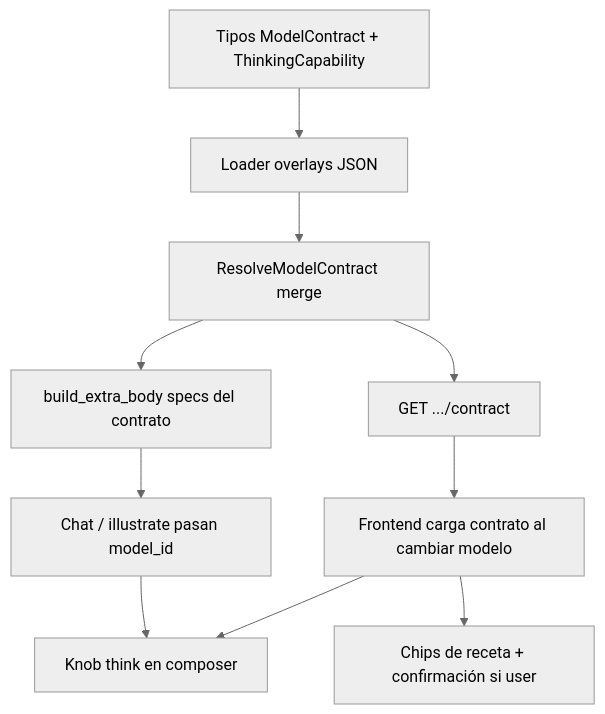
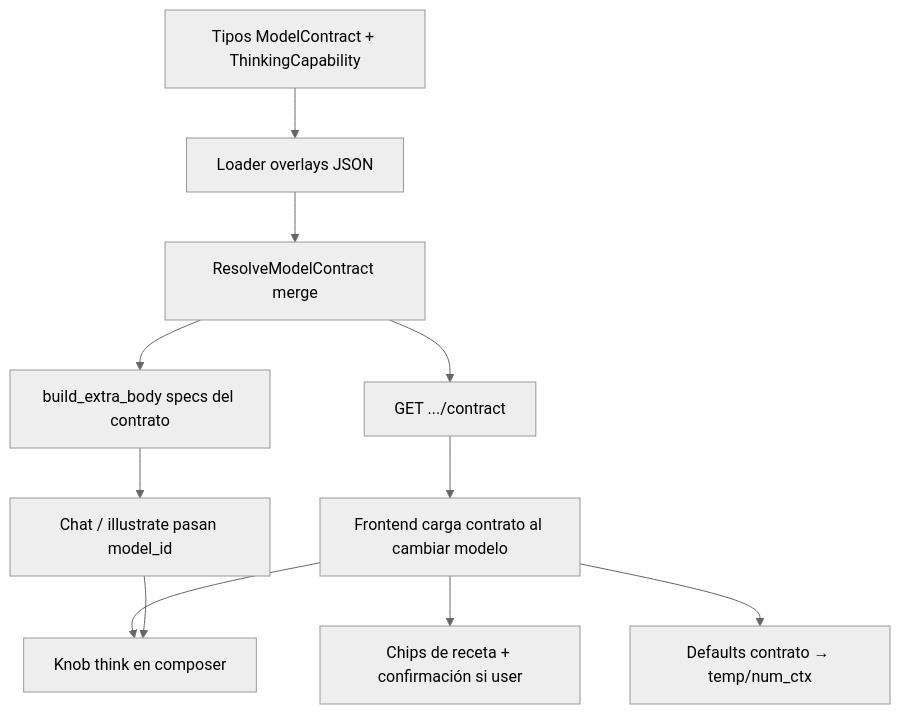
Before and after one commit to pcgarat/chatBot: the first of 2 diagrams in docs/plans/PLAN_MODEL_CONTRACT_2026-09-02.md, drawn with Mermaid (neutral theme). The commit also changed other lines of this file and 8 other files, not shown here.

````diff
--- a/docs/plans/PLAN_MODEL_CONTRACT_2026-09-02.md
+++ b/docs/plans/PLAN_MODEL_CONTRACT_2026-09-02.md
@@ -29,12 +31,13 @@
 ```mermaid
 flowchart TB
   T["Tipos ModelContract + ThinkingCapability"] --> L["Loader overlays JSON"]
   L --> M["ResolveModelContract merge"]
   M --> API["GET .../contract"]
   M --> BE["build_extra_body specs del contrato"]
   BE --> W["Chat / illustrate pasan model_id"]
   API --> FE["Frontend carga contrato al cambiar modelo"]
   FE --> TH["Knob think en composer"]
   FE --> RC["Chips de receta + confirmación si user"]
+  FE --> DEF["Defaults contrato → temp/num_ctx"]
   W --> TH
 ```
````
